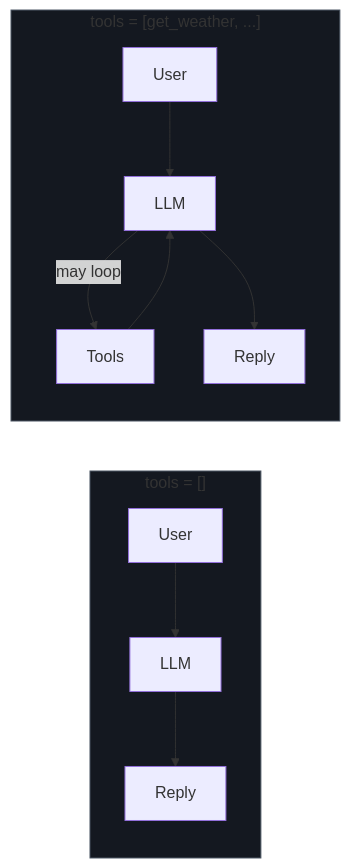
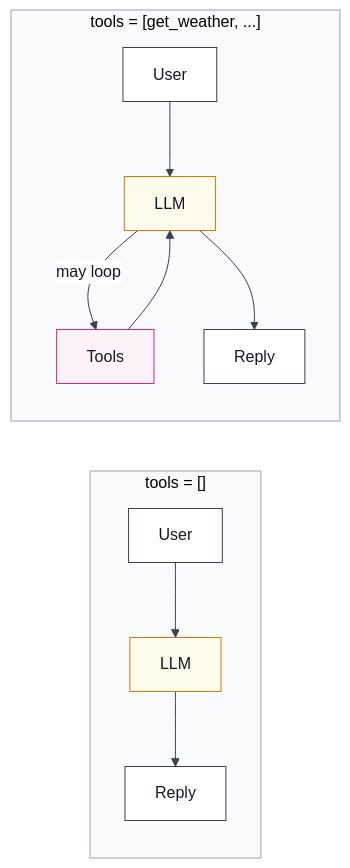
One commit to rahusri2/Agentic_AI changed the fifth of 10 diagrams in updatedlangchain/reference/README.md. Above: the diagram before and after it, drawn with Mermaid. The commit also changed other lines of this file and 1 other file, not shown here.

````diff
--- a/updatedlangchain/reference/README.md
+++ b/updatedlangchain/reference/README.md
@@ -102,16 +110,18 @@
 ```mermaid
+%%{init: {"theme":"base","themeVariables":{"primaryColor":"#ffffff","primaryTextColor":"#111827","primaryBorderColor":"#374151","lineColor":"#374151","mainBkg":"#ffffff","nodeTextColor":"#111827","clusterBkg":"#f9fafb","clusterBorder":"#9ca3af"}}}%%
 flowchart LR
   subgraph NoTools["tools = []"]
     A1[User] --> L1[LLM] --> R1[Reply]
   end
 
   subgraph WithTools["tools = [get_weather, ...]"]
     A2[User] --> L2[LLM]
     L2 -->|may loop| T2[Tools]
     T2 --> L2
     L2 --> R2[Reply]
   end
 
-  style NoTools fill:#141820,stroke:#4b5563
-  style WithTools fill:#141820,stroke:#4b5563
+  style L1 fill:#fffbeb,stroke:#d97706,color:#111827
+  style L2 fill:#fffbeb,stroke:#d97706,color:#111827
+  style T2 fill:#fdf2f8,stroke:#db2777,color:#111827
 ```
````
